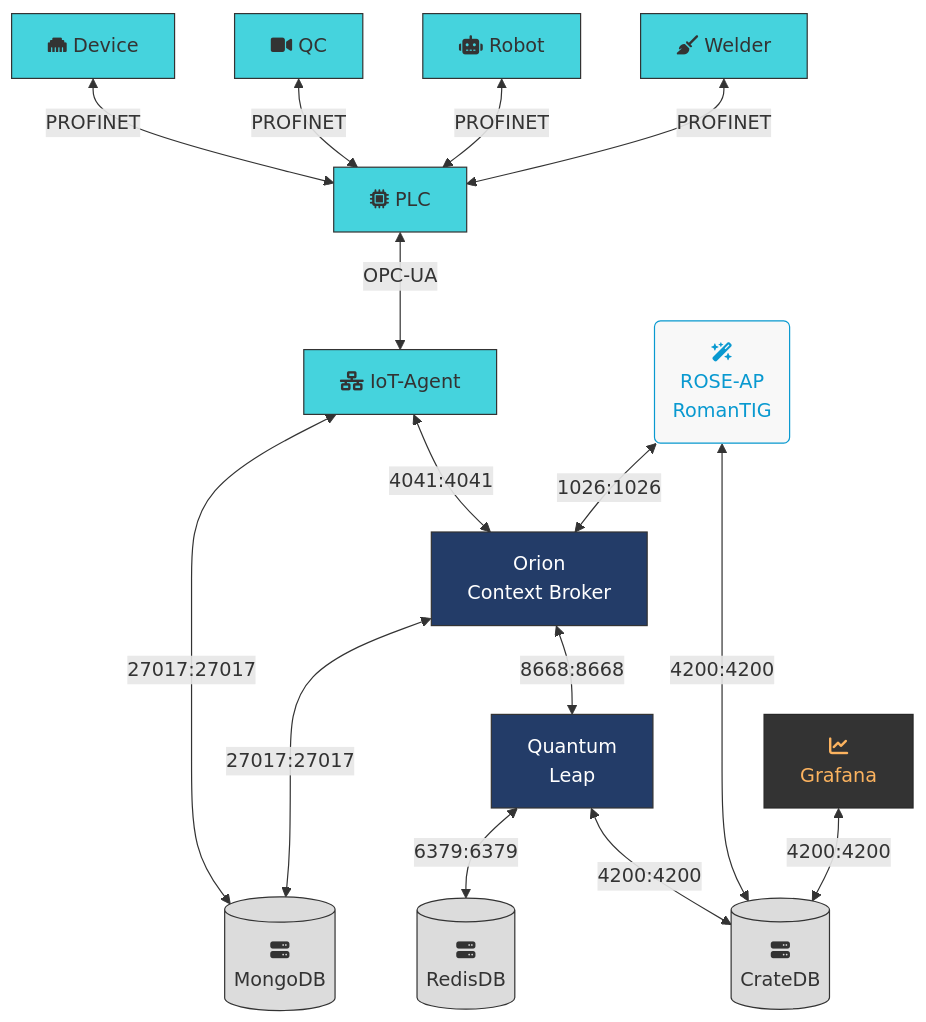
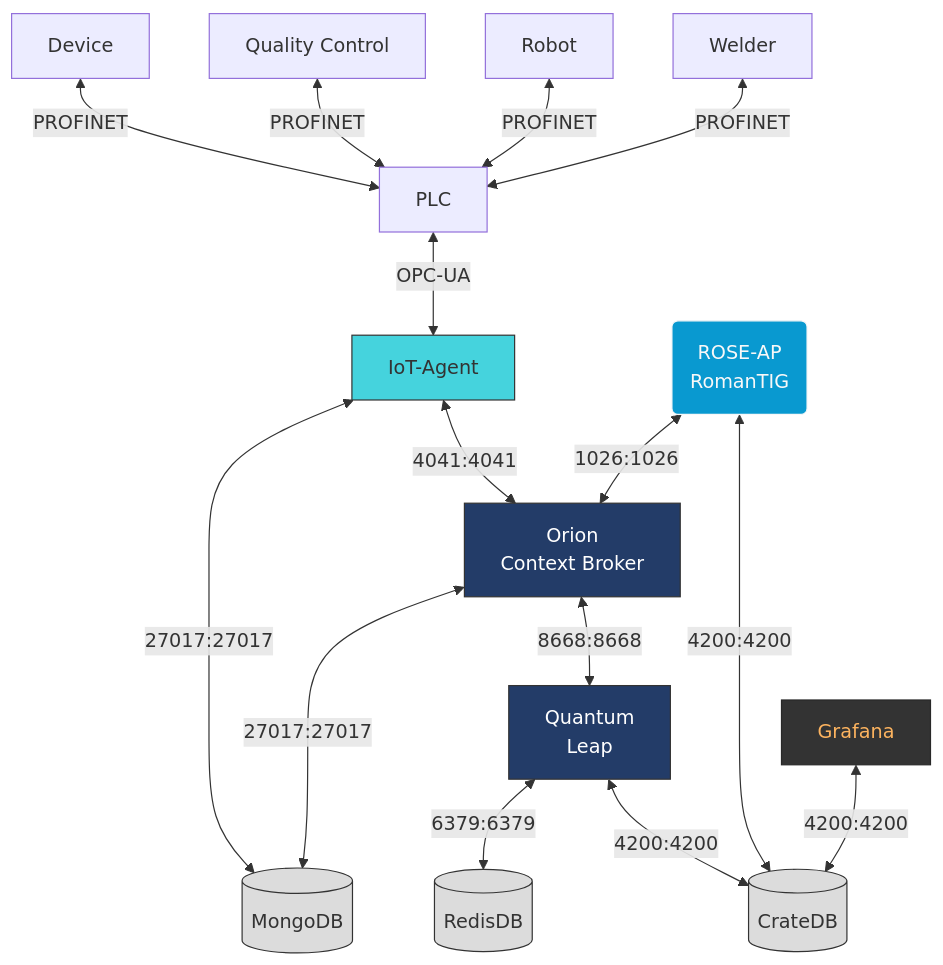
The second of 2 diagrams in README.md (claret-srl/ROMANTIG), drawn with Mermaid before and after one commit. The commit also changed other lines of this file, not shown here.

````diff
--- a/README.md
+++ b/README.md
@@ -130,31 +128,31 @@
 ```mermaid
   flowchart TD
-    Welder[fa:fa-broom Welder]:::Cyan
-    Robot[fa:fa-robot Robot]:::Cyan
-    QC[fa:fa-video QC]:::Cyan
-    Device[fa:fa-ethernet Device]:::Cyan
-    PLC[fa:fa-microchip PLC]:::Cyan
-    IoT-Agent[fa:fa-network-wired IoT-Agent]:::Cyan
+    Welder[Welder]
+    Robot[Robot]
+    QC[Quality Control]
+    Device[Device]
+    PLC[PLC]
+    IoT-Agent[IoT-Agent]:::Cyan
     Orion[Orion \n Context Broker]:::DarkBlue
     Quantumleap[Quantum \n Leap]:::DarkBlue
-    ROSE-AP(fa:fa-wand-magic-sparkles \n ROSE-AP \n RomanTIG):::ROSE-AP
-    Redis[(fa:fa-server \n RedisDB)]
-    Mongo[(fa:fa-server \n MongoDB)]
-    Crate[(fa:fa-server \n CrateDB)]
-    Grafana[fa:fa-chart-line \n Grafana]:::Grafana
+    ROSE-AP(ROSE-AP \n RomanTIG):::Claret
+    Redis[(RedisDB)]
+    Mongo[(MongoDB)]
+    Crate[(CrateDB)]
+    Grafana[Grafana]:::Grafana
 
     Orion & IoT-Agent <--27017:27017---> Mongo
     ROSE-AP <--1026:1026--> Orion
     Quantumleap <--6379:6379--> Redis
     Welder & Robot & QC & Device <--PROFINET--> PLC <--OPC-UA--> IoT-Agent <--4041:4041--> Orion <--8668:8668--> Quantumleap
     Grafana <--4200:4200--> Crate
     ROSE-AP  & Quantumleap <--4200:4200--> Crate
 
 classDef DarkBlue fill:#233C68,stroke:#333,color:#FFF
 classDef Cyan fill:#45D3DD,stroke:#333,color:#333
 classDef Gainsboro fill:Gainsboro,stroke:#333,color:#333
 classDef Grafana fill:#333,Stroke:#282828,color:#FCB35F
-classDef ROSE-AP fill:#F8F8F8,Stroke:#0999D0,color:#0999D0
+classDef Claret fill:#0999D0,Stroke:#F8F8F8,color:#F8F8F8
 
 class Crate,Mongo,Redis Gainsboro
 ```
````
